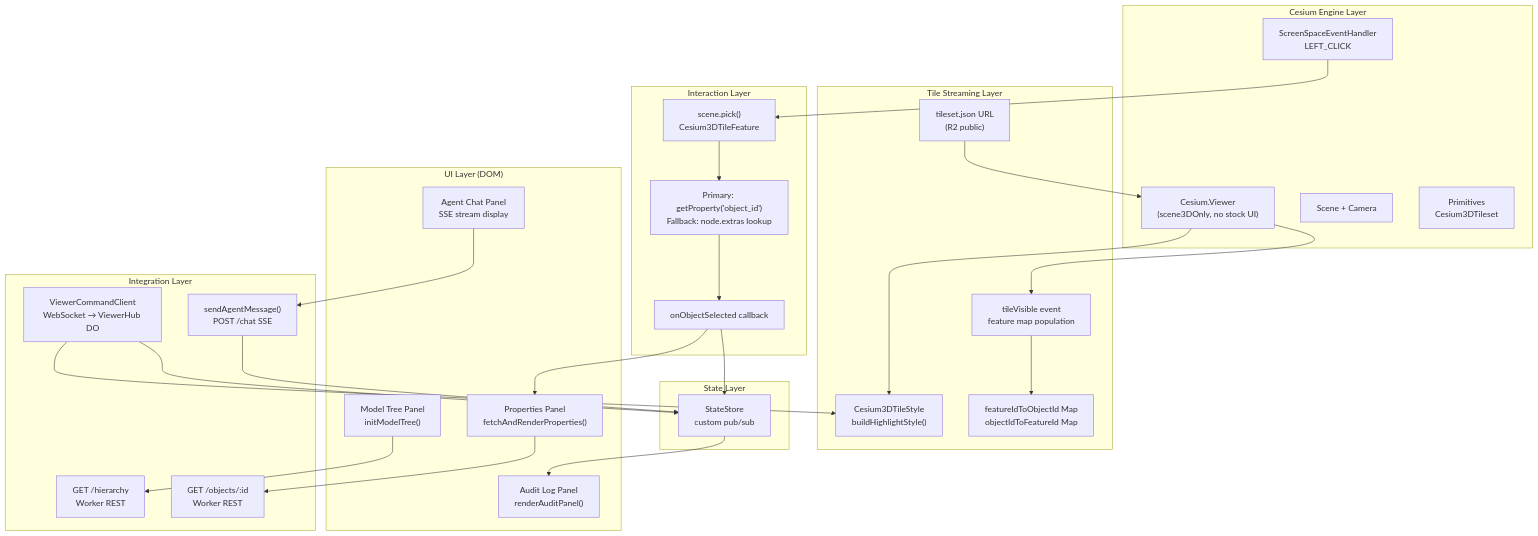
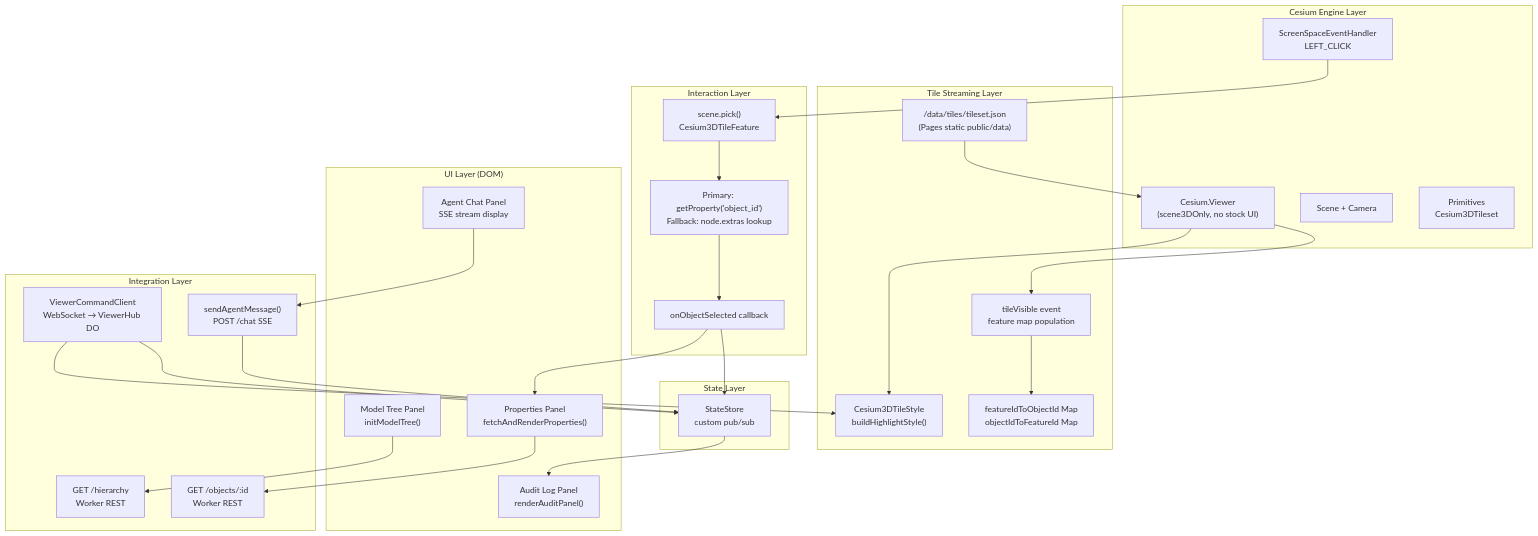
Before and after one commit to TileGraphAgent/TileGraphAgent: the third of 11 diagrams in apps/tilegraphviewer/cesiumjs_viewer_architecture.md, drawn with Mermaid. The commit also changed other lines of this file and 6 other files, not shown here.

````diff
--- a/apps/tilegraphviewer/cesiumjs_viewer_architecture.md
+++ b/apps/tilegraphviewer/cesiumjs_viewer_architecture.md
@@ -208,54 +214,54 @@
 ```mermaid
 flowchart TB
     subgraph Engine["Cesium Engine Layer"]
         Viewer["Cesium.Viewer\n(scene3DOnly, no stock UI)"]
         Scene["Scene + Camera"]
         Primitives["Primitives\nCesium3DTileset"]
         Handler["ScreenSpaceEventHandler\nLEFT_CLICK"]
     end
 
     subgraph TileLayer["Tile Streaming Layer"]
-        TilesetURL["tileset.json URL\n(R2 public)"]
+        TilesetURL["/data/tiles/tileset.json\n(Pages static public/data)"]
         tileVisible["tileVisible event\nfeature map population"]
         StyleEngine["Cesium3DTileStyle\nbuildHighlightStyle()"]
         FeatureMaps["featureIdToObjectId Map\nobjectIdToFeatureId Map"]
     end
 
     subgraph InteractionLayer["Interaction Layer"]
         Pick["scene.pick()\nCesium3DTileFeature"]
         PropPath["Primary: getProperty('object_id')\nFallback: node.extras lookup"]
         SelectCB["onObjectSelected callback"]
     end
 
     subgraph UILayer["UI Layer (DOM)"]
         ModelTree["Model Tree Panel\ninitModelTree()"]
         PropPanel["Properties Panel\nfetchAndRenderProperties()"]
         AgentChat["Agent Chat Panel\nSSE stream display"]
         AuditPanel["Audit Log Panel\nrenderAuditPanel()"]
     end
 
     subgraph IntegrationLayer["Integration Layer"]
         WSClient["ViewerCommandClient\nWebSocket → ViewerHub DO"]
         AgentClient["sendAgentMessage()\nPOST /chat SSE"]
         HierarchyAPI["GET /hierarchy\nWorker REST"]
         ObjectAPI["GET /objects/:id\nWorker REST"]
     end
 
     subgraph StateLayer["State Layer"]
         Store["StateStore\ncustom pub/sub"]
     end
 
     TilesetURL --> Viewer
     Viewer --> tileVisible --> FeatureMaps
     Viewer --> StyleEngine
     Handler --> Pick --> PropPath --> SelectCB
     SelectCB --> Store
     SelectCB --> PropPanel
     Store --> AuditPanel
     WSClient --> Store
     WSClient --> StyleEngine
     ModelTree --> HierarchyAPI
     PropPanel --> ObjectAPI
     AgentChat --> AgentClient
     AgentClient --> Store
 ```
````
